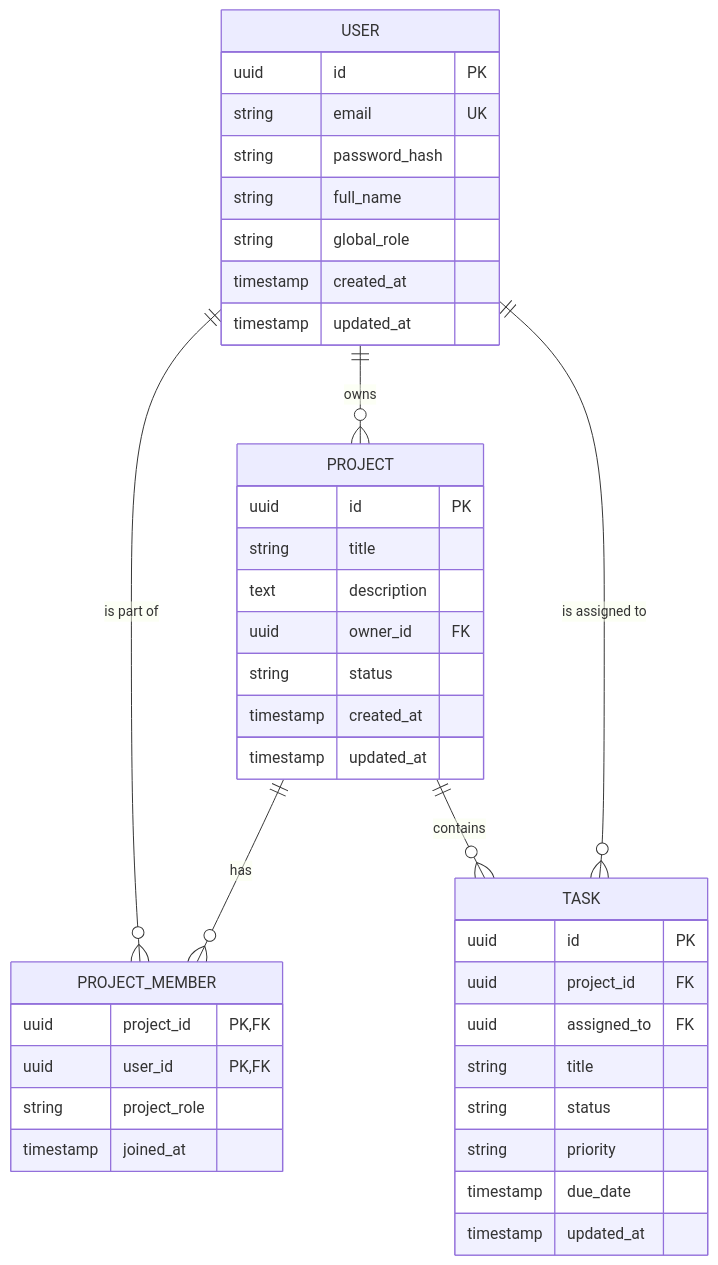
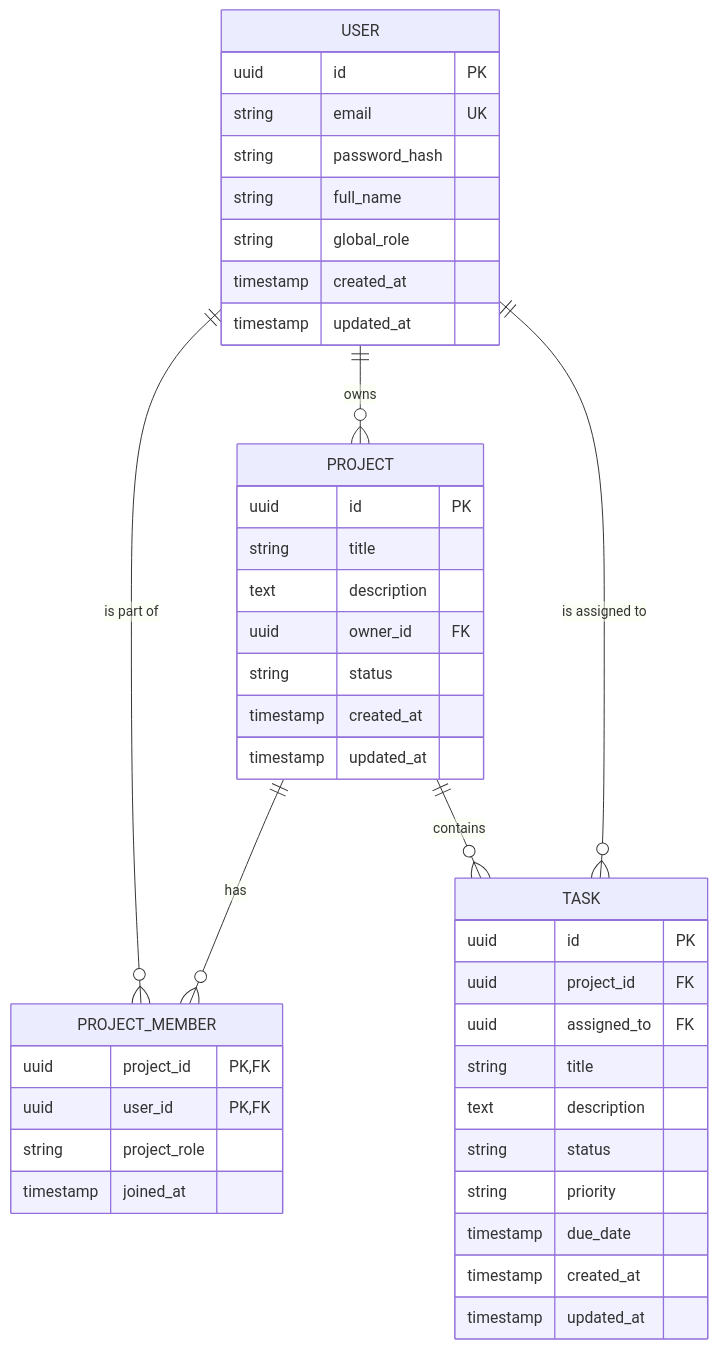
One commit to gnl-org/workhub changed the diagram in docs/erd_5April26.md. Above: the diagram before and after it, drawn with Mermaid. The commit also changed 5 other files, not shown here.

````diff
--- a/docs/erd_5April26.md
+++ b/docs/erd_5April26.md
@@ -1,46 +1,48 @@
 ```mermaid
 erDiagram
     USER ||--o{ PROJECT : "owns"
     USER ||--o{ PROJECT_MEMBER : "is part of"
     PROJECT ||--o{ PROJECT_MEMBER : "has"
     PROJECT ||--o{ TASK : "contains"
     USER ||--o{ TASK : "is assigned to"
 
     USER {
         uuid id PK
         string email UK
         string password_hash
         string full_name
         string global_role
         timestamp created_at
         timestamp updated_at
     }
 
     PROJECT {
         uuid id PK
         string title
         text description
         uuid owner_id FK
         string status
         timestamp created_at
         timestamp updated_at
     }
 
     TASK {
         uuid id PK
         uuid project_id FK
         uuid assigned_to FK
         string title
+        text description
         string status
         string priority
         timestamp due_date
+        timestamp created_at
         timestamp updated_at
     }
 
     PROJECT_MEMBER {
         uuid project_id PK, FK
         uuid user_id PK, FK
         string project_role
         timestamp joined_at
     }
 ```
````
